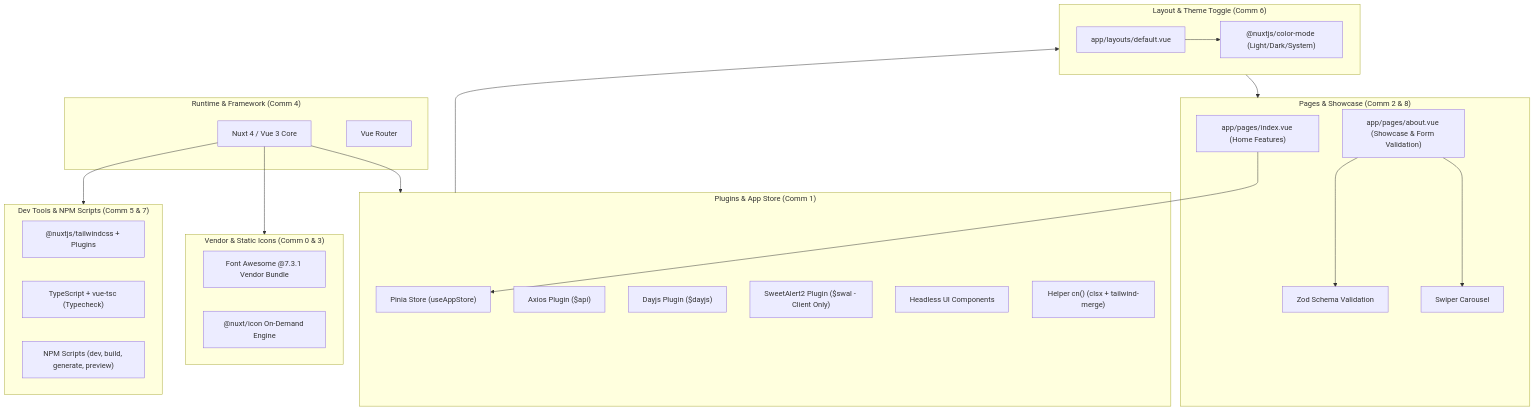
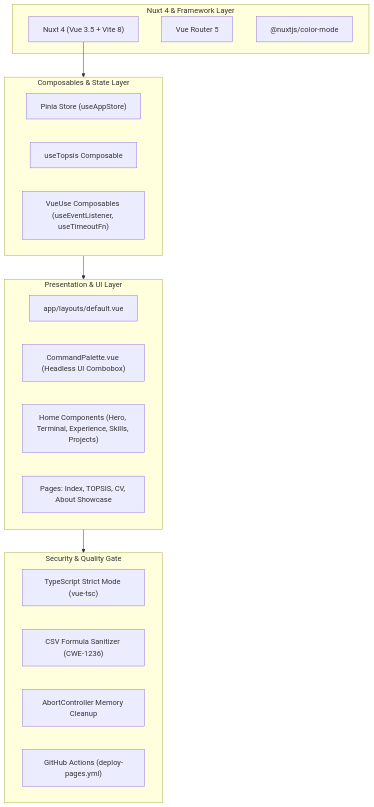
One commit to dianadi021/dianadi021.github.io changed the diagram in README.md. Above: the diagram before and after it, drawn with Mermaid. The commit also changed other lines of this file and 16 other files, not shown here.

````diff
--- a/README.md
+++ b/README.md
@@ -11,49 +21,32 @@
 ```mermaid
 flowchart TD
-    subgraph Core ["Runtime & Framework (Comm 4)"]
-        NUXT["Nuxt 4 / Vue 3 Core"]
-        ROUTER["Vue Router"]
+    subgraph Core ["Nuxt 4 & Framework Layer"]
+        NUXT["Nuxt 4 (Vue 3.5 + Vite 8)"]
+        ROUTER["Vue Router 5"]
+        COLOR["@nuxtjs/color-mode"]
     end
 
-    subgraph PluginsStore ["Plugins & App Store (Comm 1)"]
+    subgraph Logic ["Composables & State Layer"]
         STORE["Pinia Store (useAppStore)"]
-        AXIOS_P["Axios Plugin ($api)"]
-        DAYJS_P["Dayjs Plugin ($dayjs)"]
-        SWAL_P["SweetAlert2 Plugin ($swal - Client Only)"]
-        HEADLESS["Headless UI Components"]
-        CN["Helper cn() (clsx + tailwind-merge)"]
+        TOPSIS["useTopsis Composable"]
+        VUEUSE["VueUse Composables (useEventListener, useTimeoutFn)"]
     end
 
-    subgraph LayoutTheme ["Layout & Theme Toggle (Comm 6)"]
+    subgraph Presentation ["Presentation & UI Layer"]
         LAYOUT["app/layouts/default.vue"]
-        COLOR["@nuxtjs/color-mode (Light/Dark/System)"]
+        PALETTE["CommandPalette.vue (Headless UI Combobox)"]
+        HOME["Home Components (Hero, Terminal, Experience, Skills, Projects)"]
+        PAGES["Pages: Index, TOPSIS, CV, About Showcase"]
     end
 
-    subgraph Presentation ["Pages & Showcase (Comm 2 & 8)"]
-        PAGE_HOME["app/pages/index.vue (Home Features)"]
-        PAGE_ABOUT["app/pages/about.vue (Showcase & Form Validation)"]
-        ZOD["Zod Schema Validation"]
-        SWIPER["Swiper Carousel"]
+    subgraph SecurityQuality ["Security & Quality Gate"]
+        STRICT["TypeScript Strict Mode (vue-tsc)"]
+        CSV_GUARD["CSV Formula Sanitizer (CWE-1236)"]
+        ABORT_CTRL["AbortController Memory Cleanup"]
+        CI["GitHub Actions (deploy-pages.yml)"]
     end
 
-    subgraph Assets ["Vendor & Static Icons (Comm 0 & 3)"]
-        FA["Font Awesome @7.3.1 Vendor Bundle"]
-        NUXT_ICON["@nuxt/icon On-Demand Engine"]
-    end
-
-    subgraph DevTooling ["Dev Tools & NPM Scripts (Comm 5 & 7)"]
-        TAILWIND["@nuxtjs/tailwindcss + Plugins"]
-        TYPESCRIPT["TypeScript + vue-tsc (Typecheck)"]
-        SCRIPTS["NPM Scripts (dev, build, generate, preview)"]
-    end
-
-    NUXT --> PluginsStore
-    PluginsStore --> LayoutTheme
-    LayoutTheme --> Presentation
-    NUXT --> DevTooling
-    NUXT --> Assets
-    PAGE_ABOUT --> ZOD
-    PAGE_ABOUT --> SWIPER
-    LAYOUT --> COLOR
-    PAGE_HOME --> STORE
+    NUXT --> Logic
+    Logic --> Presentation
+    Presentation --> SecurityQuality
 ```
````
